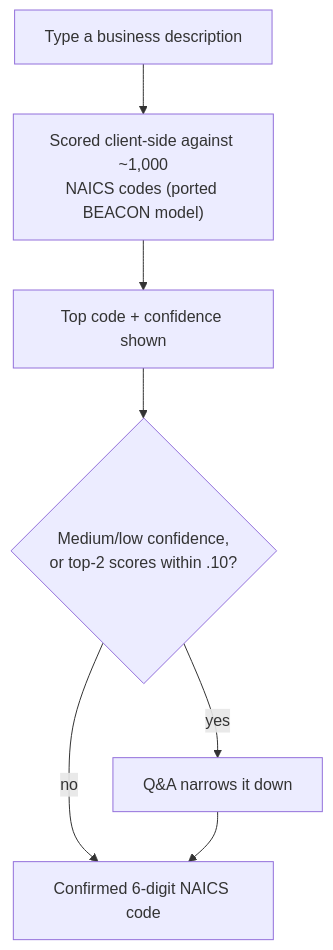
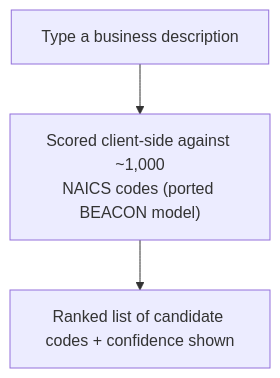
One commit to krcourville/naics-code-resolver changed the diagram in README.md. Above: the diagram before and after it, drawn with Mermaid. The commit also changed other lines of this file and 22 other files, not shown here.

````diff
--- a/README.md
+++ b/README.md
@@ -40,11 +37,6 @@
 ```mermaid
 flowchart TD
     A[Type a business description] --> B["Scored client-side against ~1,000
 NAICS codes (ported BEACON model)"]
-    B --> C[Top code + confidence shown]
-    C --> F{"Medium/low confidence,
-or top-2 scores within .10?"}
-    F -- yes --> D[Q&A narrows it down]
-    F -- no --> E[Confirmed 6-digit NAICS code]
-    D --> E
+    B --> C[Ranked list of candidate codes + confidence shown]
 ```
````
